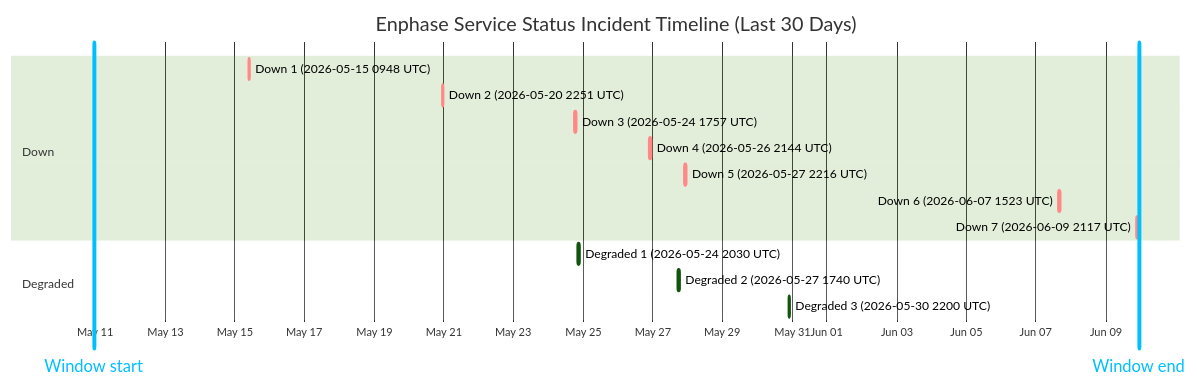
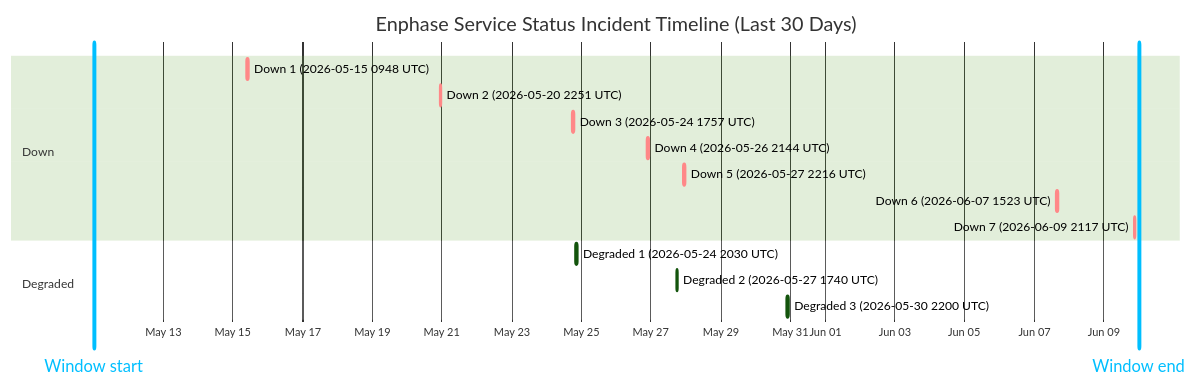
Before and after one commit to barneyonline/ha-enphase-energy: the diagram in wiki/Service-Status-History.md, drawn with Mermaid (forest theme). The commit also changed other lines of this file and 3 other files, not shown here.

````diff
--- a/wiki/Service-Status-History.md
+++ b/wiki/Service-Status-History.md
@@ -14,20 +14,20 @@
 ```mermaid
 gantt
     title Enphase Service Status Incident Timeline (Last 30 Days)
     dateFormat  YYYY-MM-DDTHH:mm:ss
     axisFormat  %b %d
-    Window start :vert, window-start, 2026-05-10T22:57:16, 0ms
-    Window end :vert, window-end, 2026-06-09T22:57:16, 0ms
+    Window start :vert, window-start, 2026-05-11T00:18:33, 0ms
+    Window end :vert, window-end, 2026-06-10T00:18:33, 0ms
     section Down
     Down 1 (2026-05-15 0948 UTC) :crit, down-1, 2026-05-15T09:48:18, 60m
     Down 2 (2026-05-20 2251 UTC) :crit, down-2, 2026-05-20T22:51:14, 75m
     Down 3 (2026-05-24 1757 UTC) :crit, down-3, 2026-05-24T17:57:41, 86m
     Down 4 (2026-05-26 2144 UTC) :crit, down-4, 2026-05-26T21:44:11, 85m
     Down 5 (2026-05-27 2216 UTC) :crit, down-5, 2026-05-27T22:16:53, 87m
     Down 6 (2026-06-07 1523 UTC) :crit, down-6, 2026-06-07T15:23:22, 87m
     Down 7 (2026-06-09 2117 UTC) :crit, down-7, 2026-06-09T21:17:17, 60m
     section Degraded
     Degraded 1 (2026-05-24 2030 UTC) :active, degraded-1, 2026-05-24T20:30:57, 84m
     Degraded 2 (2026-05-27 1740 UTC) :active, degraded-2, 2026-05-27T17:40:52, 60m
     Degraded 3 (2026-05-30 2200 UTC) :active, degraded-3, 2026-05-30T22:00:37, 60m
 ```
````
